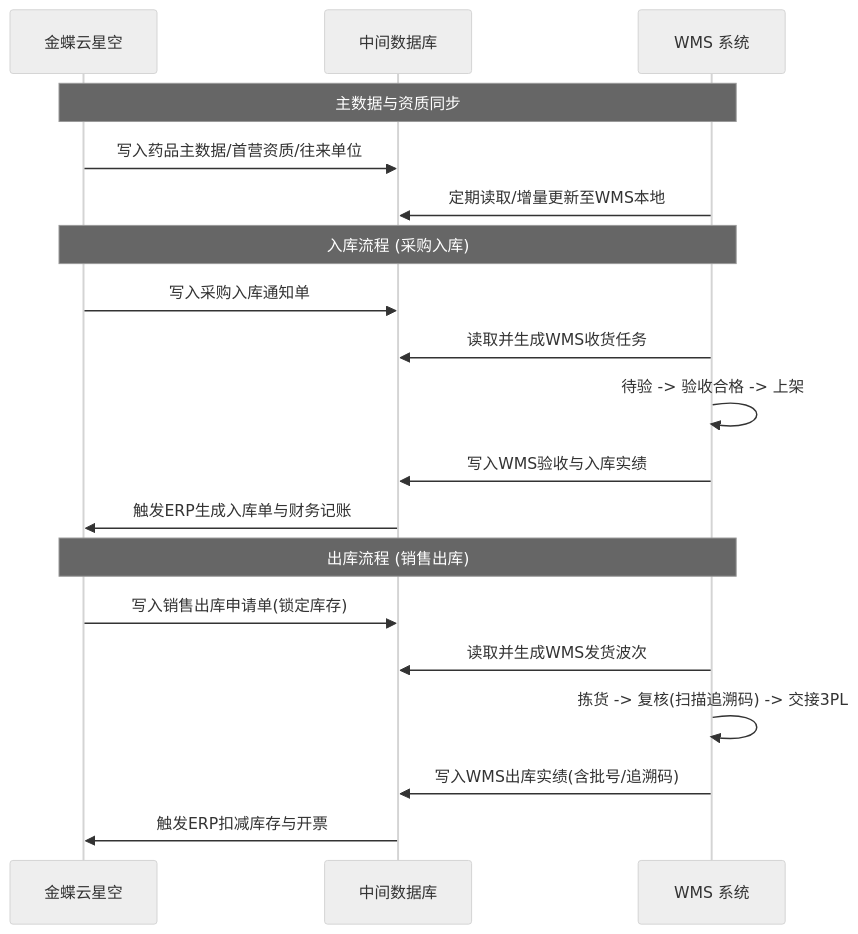
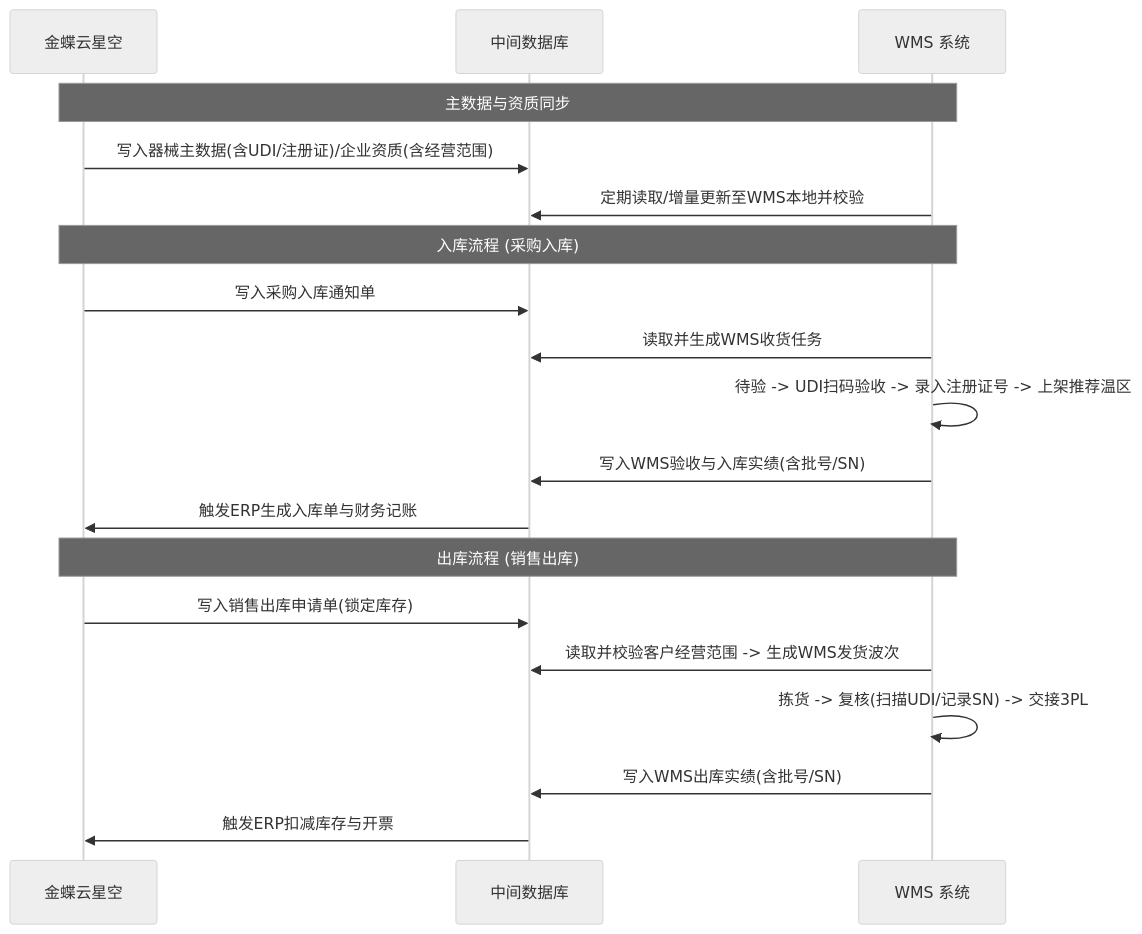
The first of 2 diagrams in README.md (Miao089/New_GSP_WMS), drawn with Mermaid (neutral theme) before and after one commit. The commit also changed other lines of this file, not shown here.

Commit message:
docs: adjust planning roadmap for Medical Device GSP

````diff
--- a/README.md
+++ b/README.md
@@ -11,24 +38,24 @@
 ```mermaid
 sequenceDiagram
     participant ERP as 金蝶云星空
     participant MDB as 中间数据库
     participant WMS as WMS 系统
     
     Note over ERP, WMS: 主数据与资质同步
-    ERP->>MDB: 写入药品主数据/首营资质/往来单位
-    WMS->>MDB: 定期读取/增量更新至WMS本地
+    ERP->>MDB: 写入器械主数据(含UDI/注册证)/企业资质(含经营范围)
+    WMS->>MDB: 定期读取/增量更新至WMS本地并校验
     
     Note over ERP, WMS: 入库流程 (采购入库)
     ERP->>MDB: 写入采购入库通知单
     WMS->>MDB: 读取并生成WMS收货任务
-    WMS->>WMS: 待验 -> 验收合格 -> 上架
-    WMS->>MDB: 写入WMS验收与入库实绩
+    WMS->>WMS: 待验 -> UDI扫码验收 -> 录入注册证号 -> 上架推荐温区
+    WMS->>MDB: 写入WMS验收与入库实绩(含批号/SN)
     MDB->>ERP: 触发ERP生成入库单与财务记账
     
     Note over ERP, WMS: 出库流程 (销售出库)
     ERP->>MDB: 写入销售出库申请单(锁定库存)
-    WMS->>MDB: 读取并生成WMS发货波次
-    WMS->>WMS: 拣货 -> 复核(扫描追溯码) -> 交接3PL
-    WMS->>MDB: 写入WMS出库实绩(含批号/追溯码)
+    WMS->>MDB: 读取并校验客户经营范围 -> 生成WMS发货波次
+    WMS->>WMS: 拣货 -> 复核(扫描UDI/记录SN) -> 交接3PL
+    WMS->>MDB: 写入WMS出库实绩(含批号/SN)
     MDB->>ERP: 触发ERP扣减库存与开票
 ```
````
